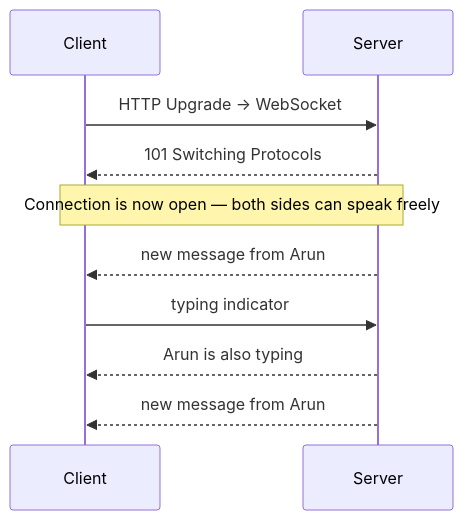
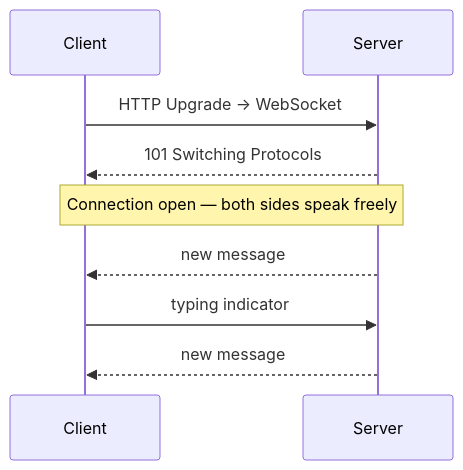
The second of 3 diagrams in 01-introduction/02-apis-and-communication/README.md (muhammedsiinanmp/system-design-mastery), drawn with Mermaid before and after one commit. The commit also changed other lines of this file, not shown here.

````diff
--- a/01-introduction/02-apis-and-communication/README.md
+++ b/01-introduction/02-apis-and-communication/README.md
@@ -224,15 +137,11 @@
 ```mermaid
 sequenceDiagram
     participant C as Client
     participant S as Server
-
     C->>S: HTTP Upgrade → WebSocket
     S-->>C: 101 Switching Protocols
-
-    Note over C,S: Connection is now open — both sides can speak freely
-
-    S-->>C: new message from Arun
+    Note over C,S: Connection open — both sides speak freely
+    S-->>C: new message
     C->>S: typing indicator
-    S-->>C: Arun is also typing
-    S-->>C: new message from Arun
+    S-->>C: new message
 ```
````
